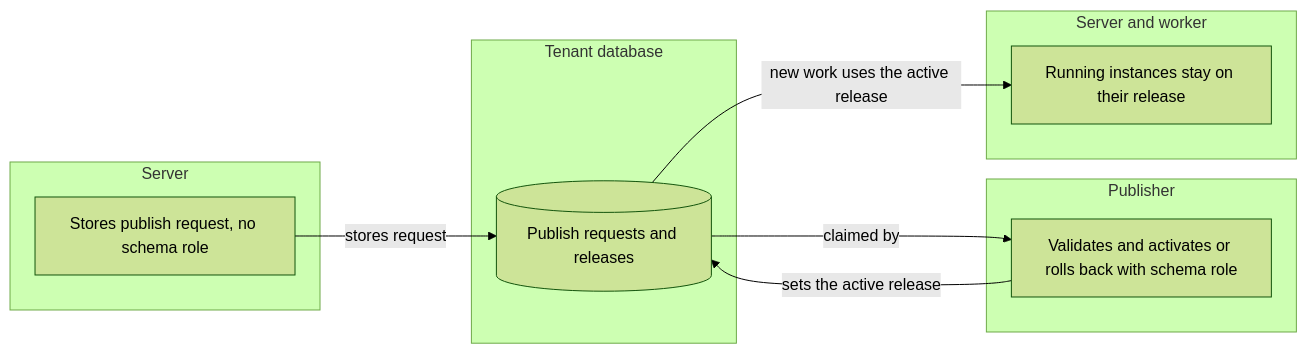
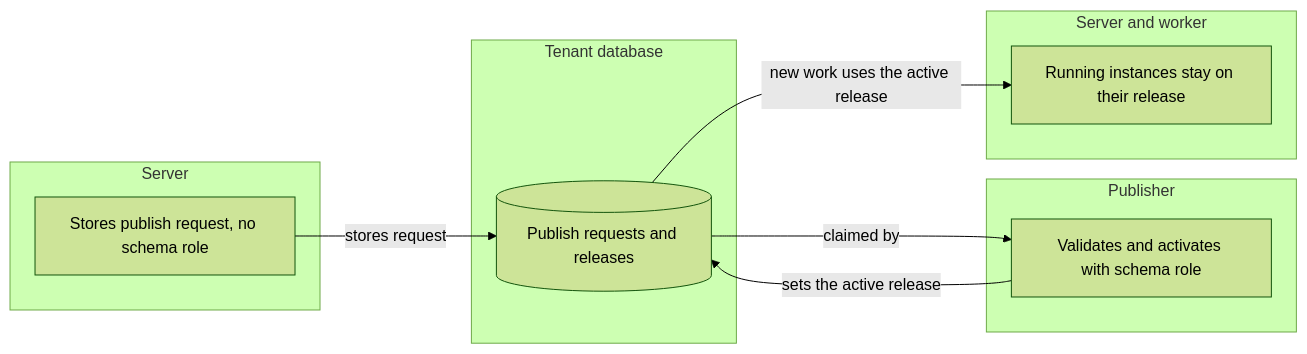
Before and after one commit to phuongnse/axis: the tenth of 19 diagrams in docs/reference/threat-model-product.md, drawn with Mermaid (forest theme). The commit also changed other lines of this file and 20 other files, not shown here.

````diff
--- a/docs/reference/threat-model-product.md
+++ b/docs/reference/threat-model-product.md
@@ -268,19 +268,19 @@
 ```mermaid
 flowchart LR
     subgraph server [Server]
         Request[Stores publish request, no schema role]
     end
     subgraph tenantdb [Tenant database]
         Requests[(Publish requests and releases)]
     end
     subgraph publisher [Publisher]
-        Activate[Validates and activates or rolls back with schema role]
+        Activate[Validates and activates with schema role]
     end
     subgraph running [Server and worker]
         Instances[Running instances stay on their release]
     end
     Request -->|stores request| Requests
     Requests -->|claimed by| Activate
     Activate -->|sets the active release| Requests
     Requests -->|new work uses the active release| Instances
 ```
````
